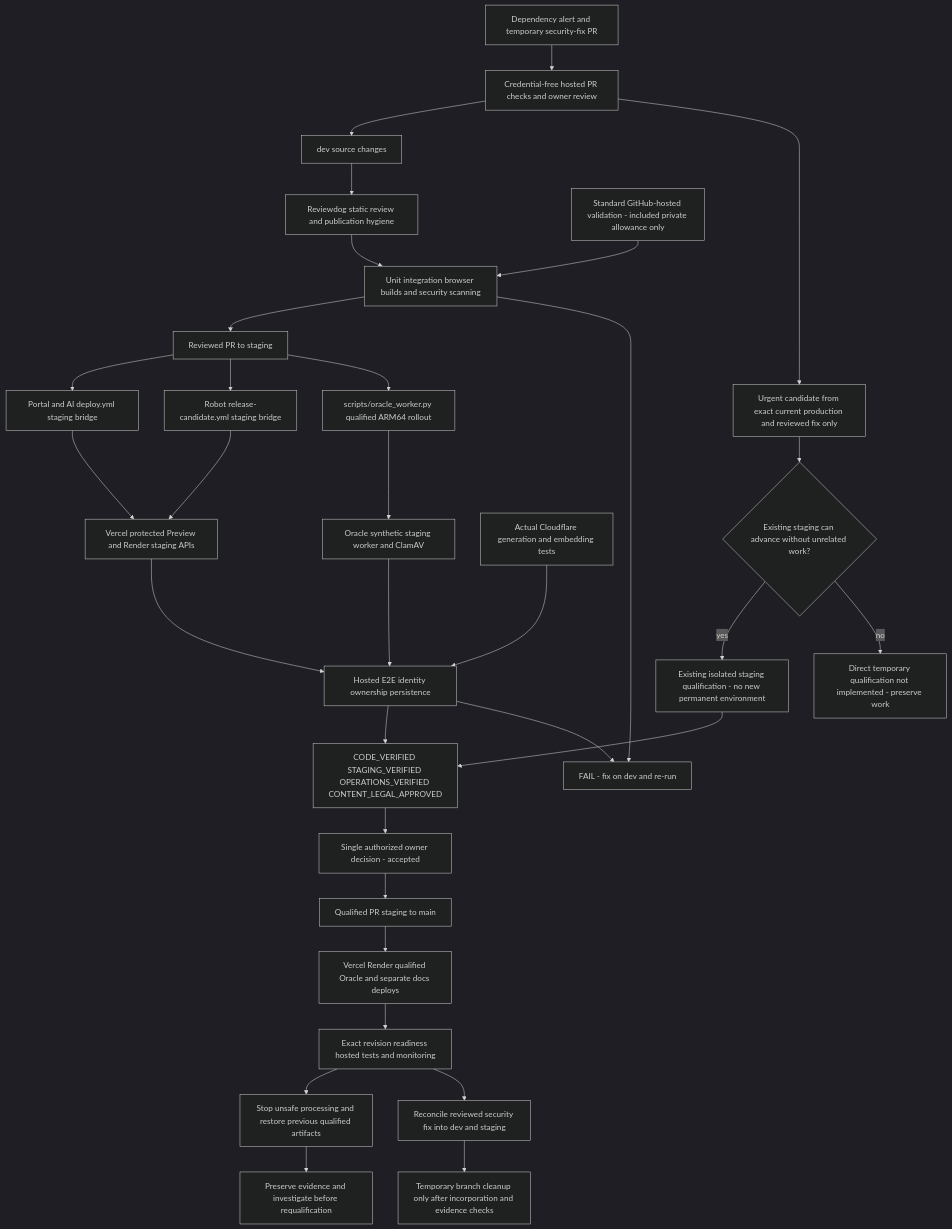
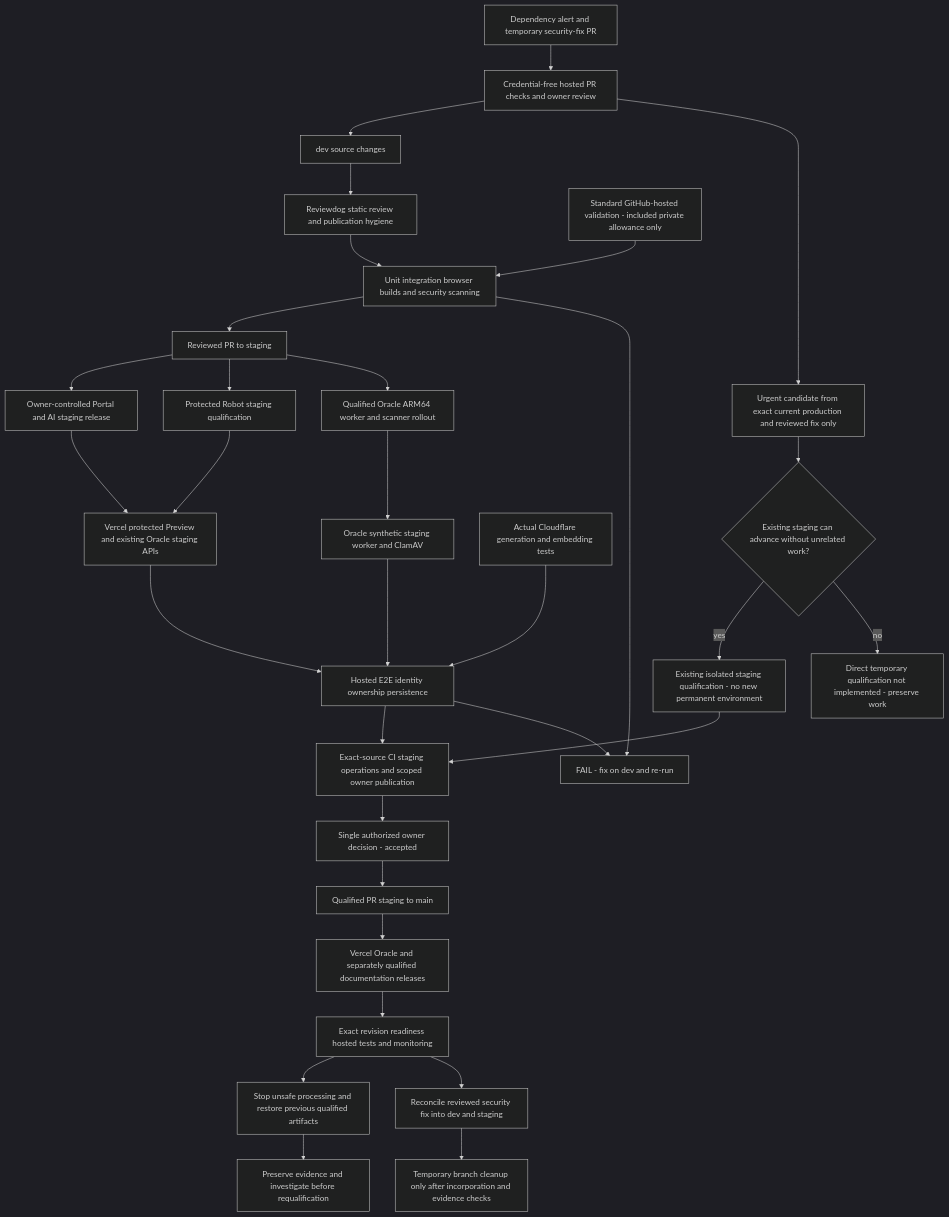
The diagram in docs/diagrams/delivery-current.mmd (DruHustle/onesa-ai-platform), drawn with Mermaid (dark theme) before and after one commit. The commit also changed 1 other file, not shown here.

Commit message:
docs: reconcile delivery diagram metadata with hosted-only Oracle operations

```diff
--- a/docs/diagrams/delivery-current.mmd
+++ b/docs/diagrams/delivery-current.mmd
@@ -1,33 +1,33 @@
 flowchart TB
 Dev[dev source changes] --> Review[Reviewdog static review and publication hygiene]
 Review --> CI[Unit integration browser builds and security scanning]
 CI --> Stage[Reviewed PR to staging]
-Stage --> Bridge[Portal and AI deploy.yml staging bridge]
-Stage --> Robot[Robot release-candidate.yml staging bridge]
-Bridge --> VS[Vercel protected Preview and Render staging APIs]
+Stage --> Bridge[Owner-controlled Portal and AI staging release]
+Stage --> Robot[Protected Robot staging qualification]
+Bridge --> VS[Vercel protected Preview and existing Oracle staging APIs]
 Robot --> VS
-Stage --> ARM[scripts/oracle_worker.py qualified ARM64 rollout]
+Stage --> ARM[Qualified Oracle ARM64 worker and scanner rollout]
 ARM --> Oracle[Oracle synthetic staging worker and ClamAV]
 VS --> Acceptance[Hosted E2E identity ownership persistence]
 Oracle --> Acceptance
 CF[Actual Cloudflare generation and embedding tests] --> Acceptance
-Acceptance --> Gates[CODE_VERIFIED STAGING_VERIFIED OPERATIONS_VERIFIED CONTENT_LEGAL_APPROVED]
+Acceptance --> Gates[Exact-source CI staging operations and scoped owner publication]
 Gates --> Owner[Single authorized owner decision - accepted]
 Owner --> Main[Qualified PR staging to main]
-Main --> Prod[Vercel Render qualified Oracle and separate docs deploys]
+Main --> Prod[Vercel Oracle and separately qualified documentation releases]
 Prod --> Verify[Exact revision readiness hosted tests and monitoring]
 CI --> Fail[FAIL - fix on dev and re-run]
 Acceptance --> Fail
 Verify --> Recovery[Stop unsafe processing and restore previous qualified artifacts]
 Recovery --> Investigate[Preserve evidence and investigate before requalification]
 Runner[Standard GitHub-hosted validation - included private allowance only] --> CI
 
 Security[Dependency alert and temporary security-fix PR] --> BotCI[Credential-free hosted PR checks and owner review]
 BotCI --> Dev
 BotCI --> Urgent[Urgent candidate from exact current production and reviewed fix only]
 Urgent --> Feasible{Existing staging can advance without unrelated work?}
 Feasible -->|yes| Isolated[Existing isolated staging qualification - no new permanent environment]
 Feasible -->|no| Blocked[Direct temporary qualification not implemented - preserve work]
 Isolated --> Gates
 Verify --> Reconcile[Reconcile reviewed security fix into dev and staging]
 Reconcile --> Cleanup[Temporary branch cleanup only after incorporation and evidence checks]
```
